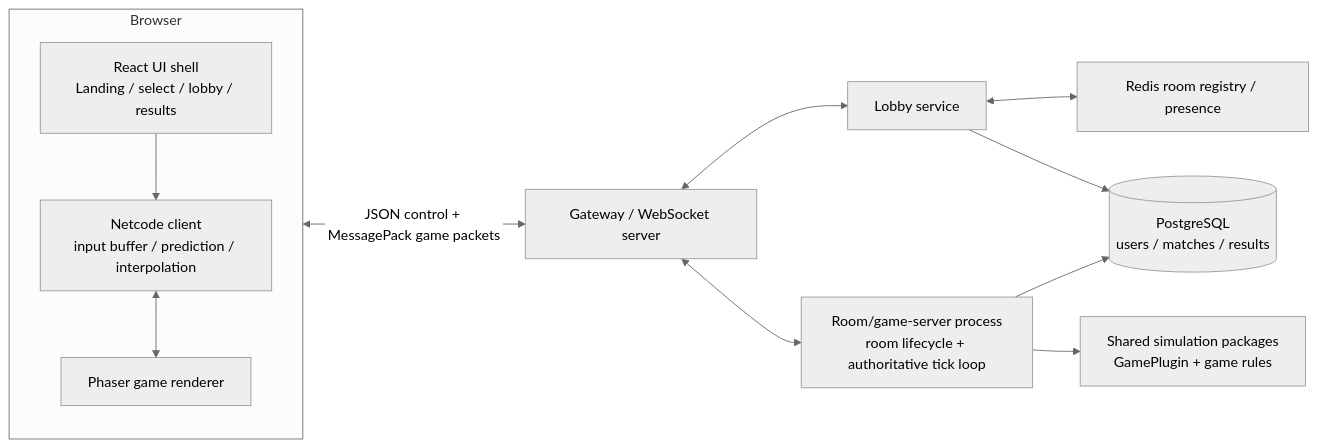
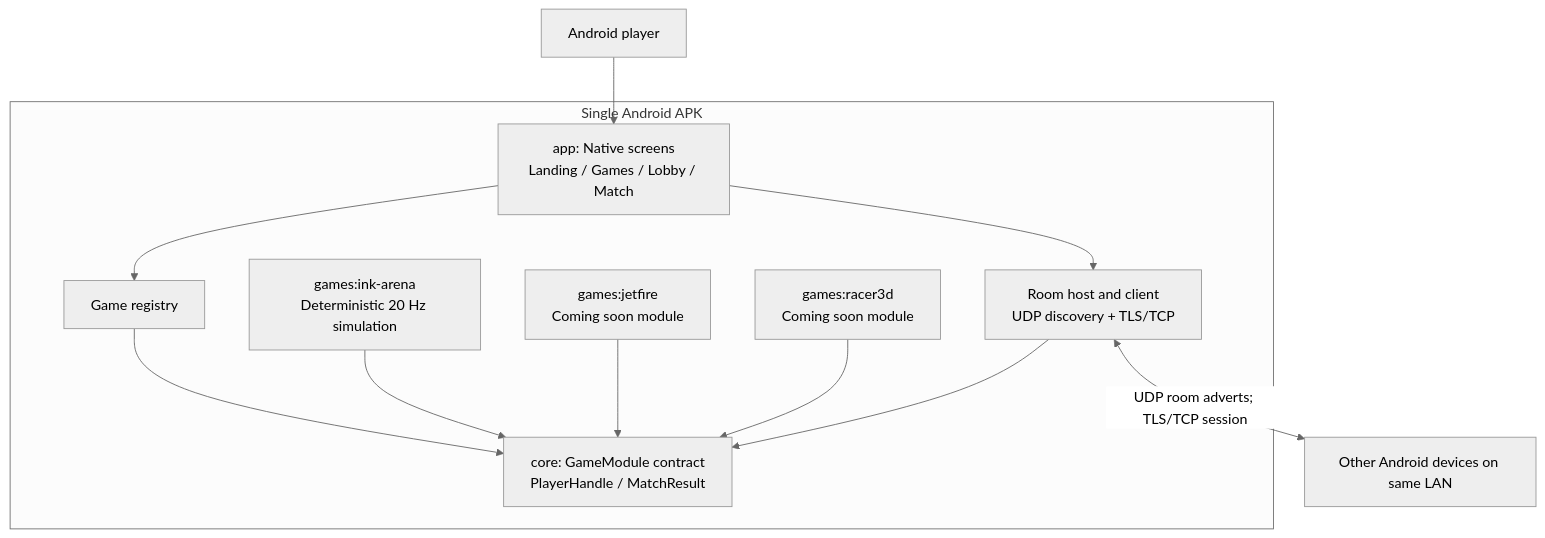
The first of 2 diagrams in ARCHITECTURE.md (Hrishabh7664/lanG), drawn with Mermaid (neutral theme) before and after one commit. The commit also changed other lines of this file and 21 other files, not shown here.

Commit message:
build: scaffold Android Gradle game project

````diff
--- a/ARCHITECTURE.md
+++ b/ARCHITECTURE.md
@@ -28,17 +28,22 @@
 ```mermaid
-flowchart LR
-  subgraph Browser[Browser]
-    UI[React UI shell\nLanding / select / lobby / results]
-    Net[Netcode client\ninput buffer / prediction / interpolation]
-    Render[Phaser game renderer]
-    UI --> Net
-    Net <--> Render
+flowchart TB
+  User[Android player]
+  subgraph Phone[Single Android APK]
+    UI[app: Native screens\nLanding / Games / Lobby / Match]
+    Registry[Game registry]
+    Network[Room host and client\nUDP discovery + TLS/TCP]
+    Core[core: GameModule contract\nPlayerHandle / MatchResult]
+    Ink[games:ink-arena\nDeterministic 20 Hz simulation]
+    Jet[games:jetfire\nComing soon module]
+    Racer[games:racer3d\nComing soon module]
+    UI --> Registry
+    UI --> Network
+    Registry --> Core
+    Ink --> Core
+    Jet --> Core
+    Racer --> Core
+    Network --> Core
   end
-  Browser <-->|JSON control + MessagePack game packets| Gateway[Gateway / WebSocket server]
-  Gateway <--> Lobby[Lobby service]
-  Lobby <--> Registry[Redis room registry / presence]
-  Gateway <--> Room[Room/game-server process\nroom lifecycle + authoritative tick loop]
-  Room --> Sim[Shared simulation packages\nGamePlugin + game rules]
-  Lobby --> DB[(PostgreSQL\nusers / matches / results)]
-  Room --> DB
+  User --> UI
+  Network <-->|UDP room adverts; TLS/TCP session| Peers[Other Android devices on same LAN]
 ```
````
